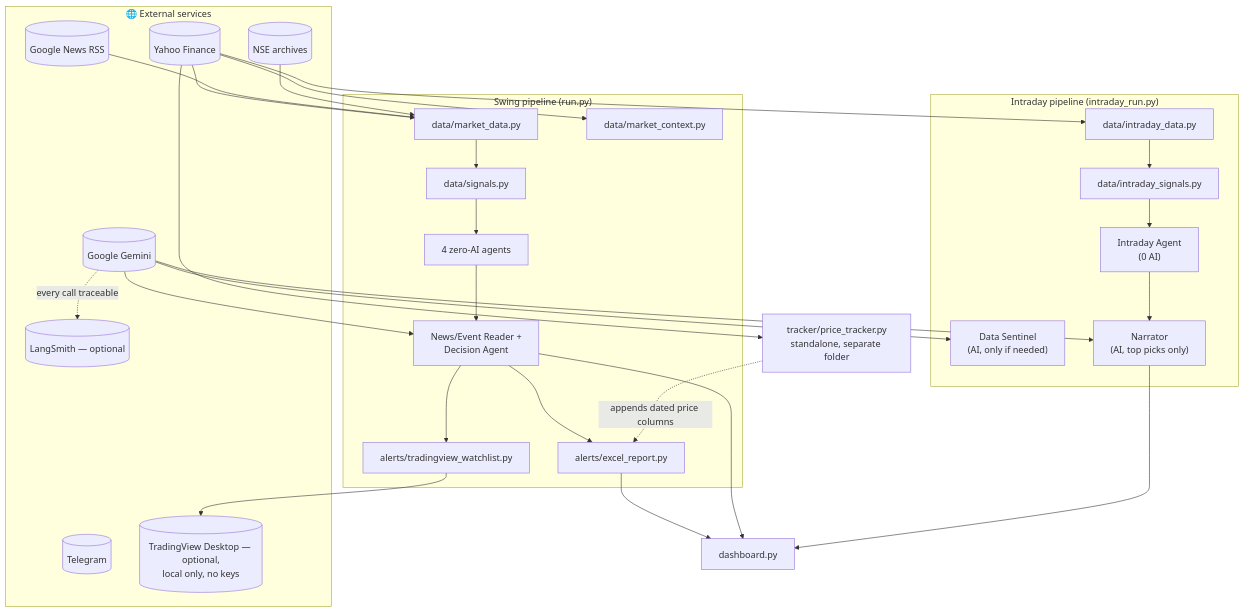
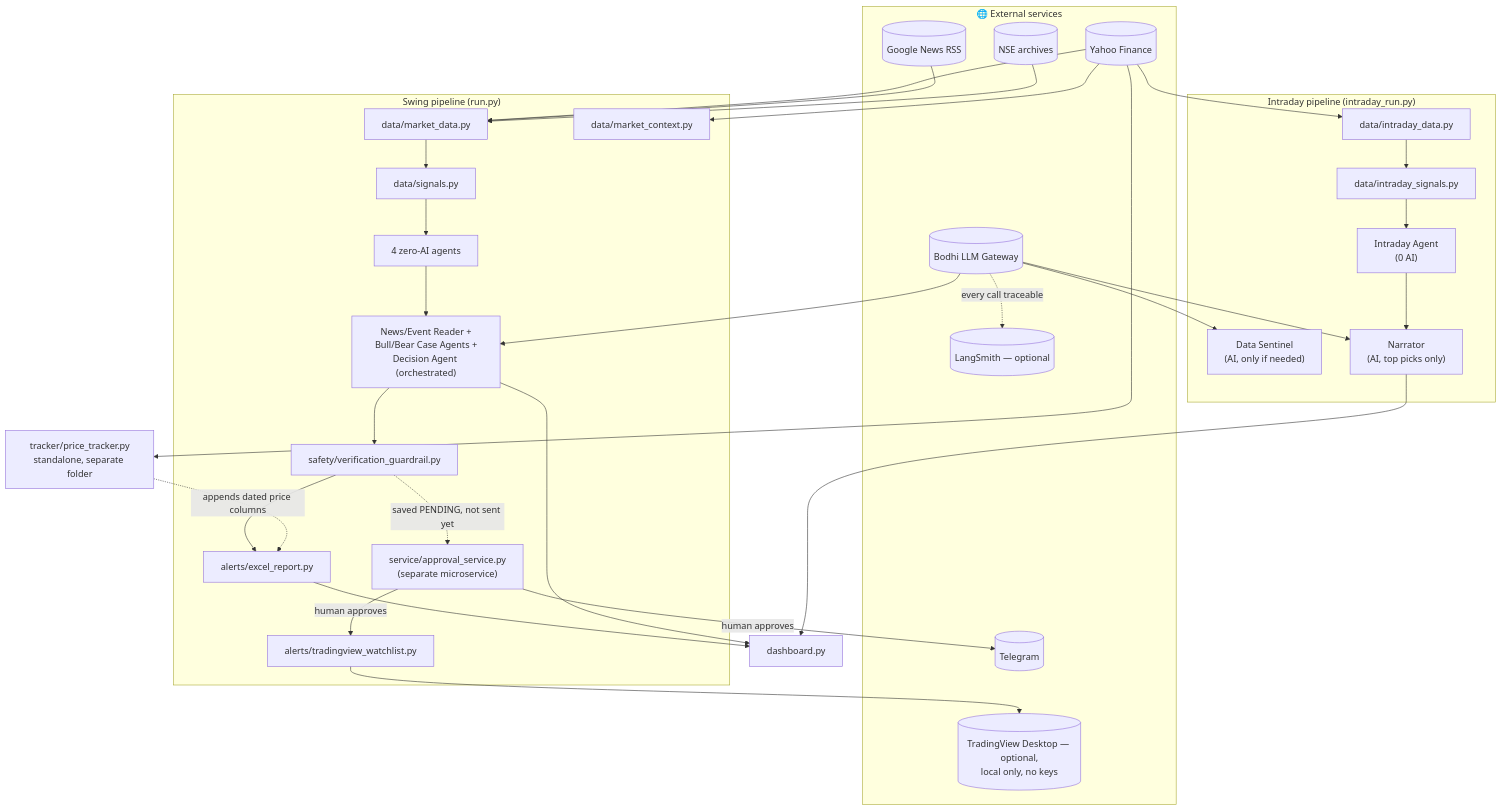
Before and after one commit to Diksha20Bhatia/ai-equity-analyst: the diagram in HOW_IT_WORKS.md, drawn with Mermaid. The commit also changed other lines of this file and 63 other files, not shown here.

````diff
--- a/HOW_IT_WORKS.md
+++ b/HOW_IT_WORKS.md
@@ -28,45 +28,49 @@
 ```mermaid
 flowchart TB
     subgraph External["🌐 External services"]
-        Gemini[("Google Gemini")]
+        Bodhi[("Bodhi LLM Gateway")]
         Yahoo[("Yahoo Finance")]
         GNews[("Google News RSS")]
         NSEArc[("NSE archives")]
         TG[("Telegram")]
         LS[("LangSmith — optional")]
         TV[("TradingView Desktop — optional,<br/>local only, no keys")]
     end
     subgraph SwingApp["Swing pipeline (run.py)"]
         MarketData["data/market_data.py"]
         Signals["data/signals.py"]
         MktCtx["data/market_context.py"]
         ZeroAI["4 zero-AI agents"]
-        EventDecision["News/Event Reader +<br/>Decision Agent"]
+        EventDecision["News/Event Reader +<br/>Bull/Bear Case Agents +<br/>Decision Agent (orchestrated)"]
+        Guardrail["safety/verification_guardrail.py"]
         Excel["alerts/excel_report.py"]
         TVAlert["alerts/tradingview_watchlist.py"]
+        ApprovalSvc["service/approval_service.py<br/>(separate microservice)"]
     end
     subgraph IntraApp["Intraday pipeline (intraday_run.py)"]
         IntraData["data/intraday_data.py"]
         IntraSignals["data/intraday_signals.py"]
         IntraAgent["Intraday Agent<br/>(0 AI)"]
         Sentinel["Data Sentinel<br/>(AI, only if needed)"]
         Narrator["Narrator<br/>(AI, top picks only)"]
     end
     Tracker["tracker/price_tracker.py<br/>standalone, separate folder"]
     Dashboard["dashboard.py"]
 
     Yahoo --> MarketData & MktCtx & IntraData & Tracker
     GNews --> MarketData
     NSEArc --> MarketData
     MarketData --> Signals --> ZeroAI
     IntraData --> IntraSignals --> IntraAgent
     ZeroAI --> EventDecision
     IntraAgent --> Narrator
-    Gemini --> EventDecision & Sentinel & Narrator
-    EventDecision --> Excel & TVAlert
+    Bodhi --> EventDecision & Sentinel & Narrator
+    EventDecision --> Guardrail --> Excel
+    Guardrail -.->|saved PENDING, not sent yet| ApprovalSvc
+    ApprovalSvc -->|human approves| TVAlert & TG
     TVAlert --> TV
     Excel --> Dashboard
     Tracker -.->|appends dated price columns| Excel
     EventDecision & Narrator --> Dashboard
-    Gemini -.->|every call traceable| LS
+    Bodhi -.->|every call traceable| LS
 ```
````
